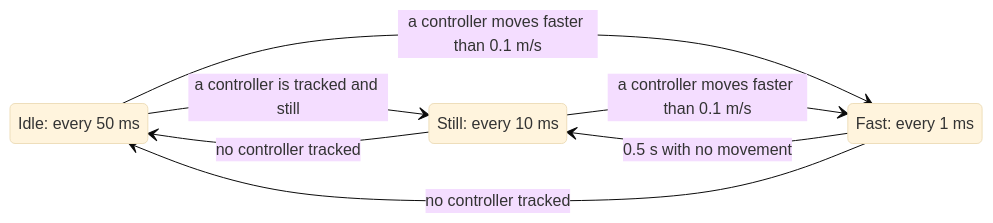
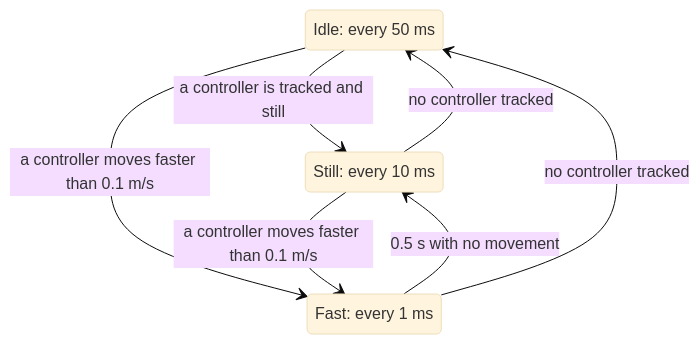
One commit to VioletTides/KnockThru changed the second of 3 diagrams in docs/how-the-app-works.md. Above: the diagram before and after it, drawn with Mermaid (base theme). The commit also changed other lines of this file, not shown here.

First line of the commit message:
Lay out the app diagrams for GitHub's renderer

````diff
--- a/docs/how-the-app-works.md
+++ b/docs/how-the-app-works.md
@@ -36,14 +36,13 @@
 ```mermaid
 stateDiagram-v2
-    direction LR
     state "Idle: every 50 ms" as Idle
     state "Still: every 10 ms" as Still
     state "Fast: every 1 ms" as Fast
 
     Idle --> Still: a controller is tracked and still
     Idle --> Fast: a controller moves faster than 0.1 m/s
     Still --> Fast: a controller moves faster than 0.1 m/s
     Fast --> Still: 0.5 s with no movement
     Still --> Idle: no controller tracked
     Fast --> Idle: no controller tracked
 ```
````
